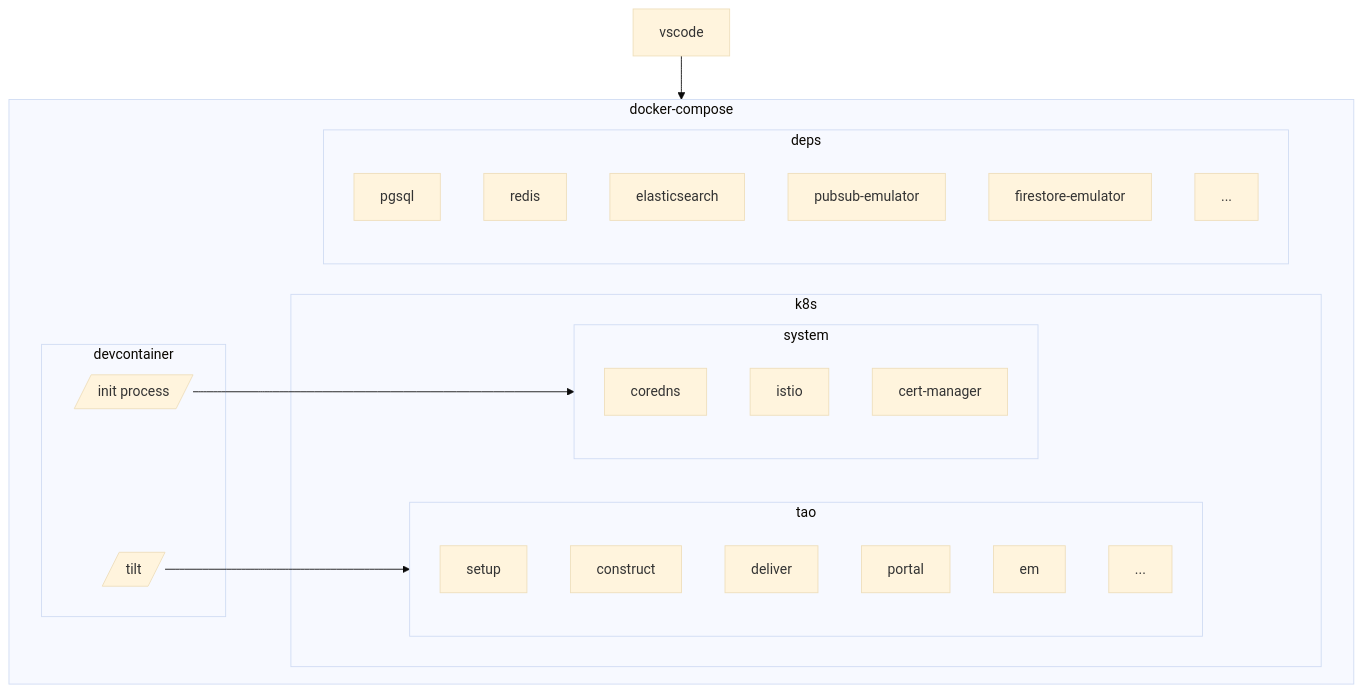
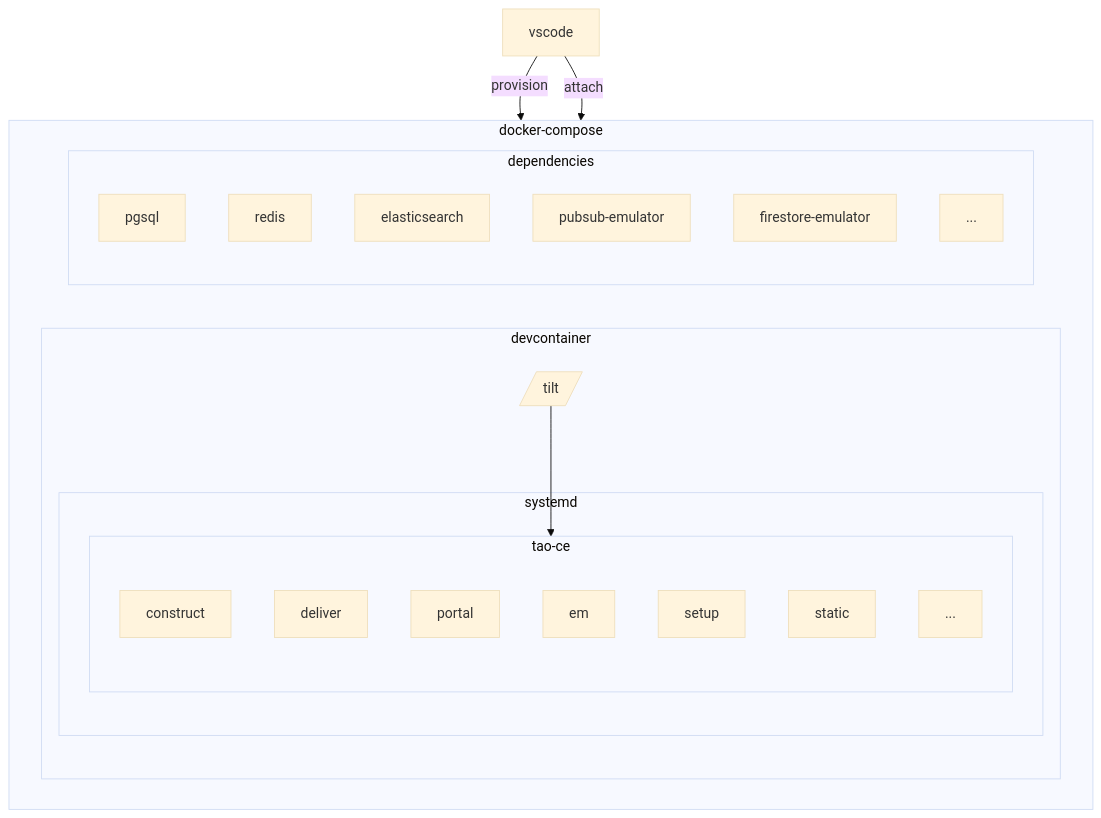
The first of 2 diagrams in docs/dev/environment.md (tao-ce/tao-ce), drawn with Mermaid (base theme) before and after one commit. The commit also changed other lines of this file and 95 other files, not shown here.

````diff
--- a/docs/dev/environment.md
+++ b/docs/dev/environment.md
@@ -7,36 +7,32 @@
 ```mermaid
 flowchart TB
 subgraph docker-compose
     direction LR
-    subgraph k8s
-        subgraph tao
-        setup
+    subgraph devcontainer
+        direction TB
+    subgraph systemd
+        subgraph tao-ce
         construct
         deliver
         portal
         em
+        setup
+        static
         taoo[...]
         end
-        subgraph system
-        coredns
-        istio
-        cert-manager
-        end
     end
-    subgraph devcontainer
-        init[/init process/]
         tilt[/tilt/]
     end
-    subgraph deps
+    subgraph dependencies
         pgsql
         redis
         elasticsearch
         pubsub-emulator
         firestore-emulator
         depso[...]
     end
-    init --> system
-    tilt --> tao
+    tilt --> tao-ce
 end
-vscode --> docker-compose
+vscode -- provision --> docker-compose
+vscode -- attach --> devcontainer
 ```
````
